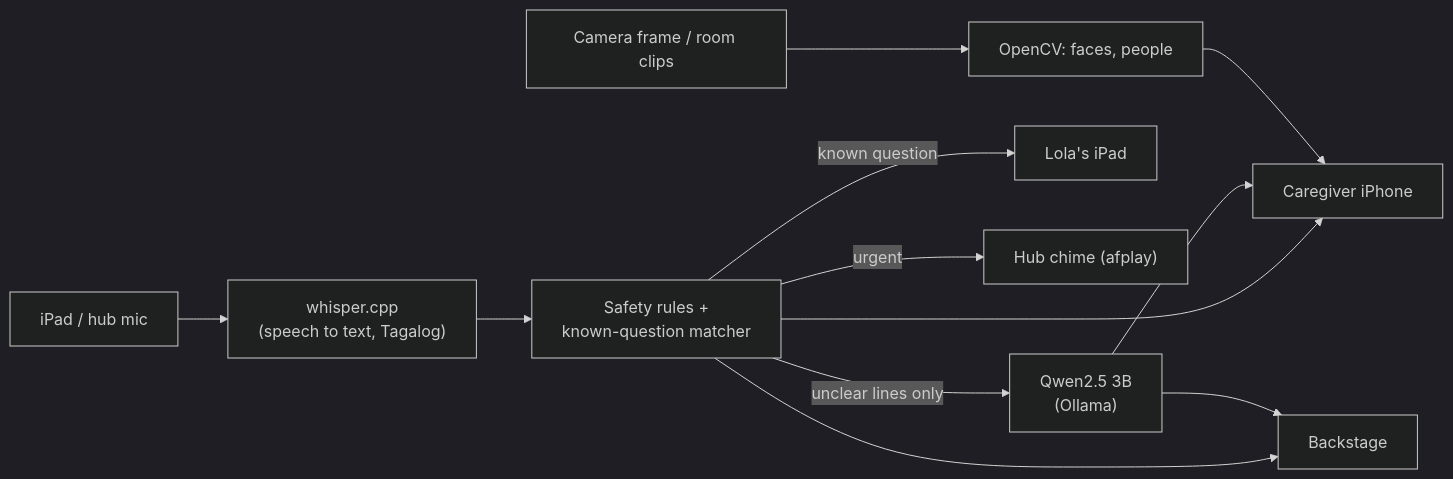
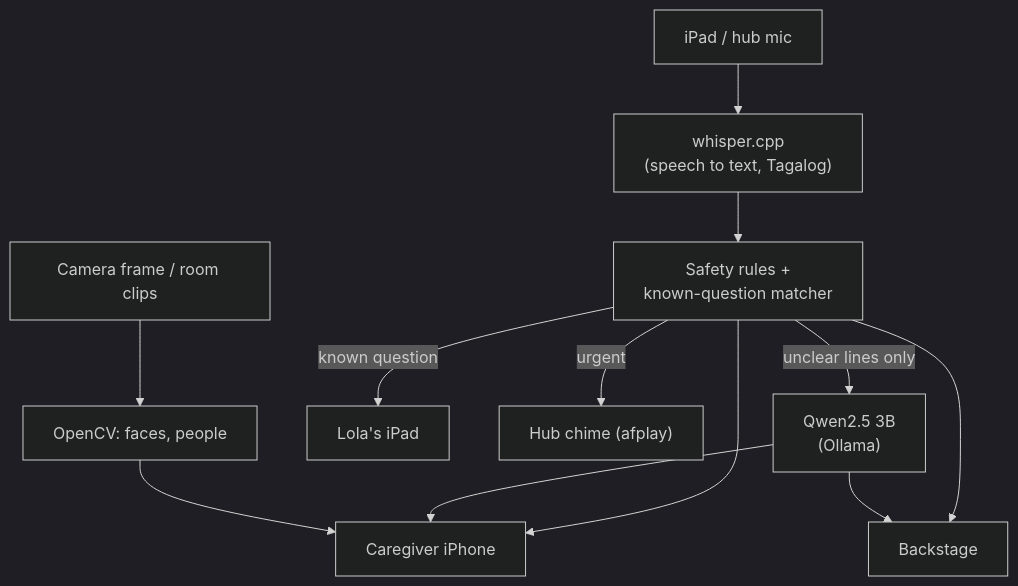
Before and after one commit to Troy-LL/appsolutely: the diagram in README.md, drawn with Mermaid (dark theme). The commit also changed other lines of this file, not shown here.

Commit message:
README: team table headers, wrap long code lines, top-down diagram, equal-height screenshots

````diff
--- a/README.md
+++ b/README.md
@@ -44,14 +44,14 @@
 ```mermaid
-flowchart LR
+flowchart TD
     A["iPad / hub mic"] --> B["whisper.cpp<br/>(speech to text, Tagalog)"]
     B --> C["Safety rules +<br/>known-question matcher"]
     C -->|unclear lines only| D["Qwen2.5 3B<br/>(Ollama)"]
     C -->|known question| E["Lola's iPad"]
     C --> F["Caregiver iPhone"]
     D --> F
     C -->|urgent| H["Hub chime (afplay)"]
     C --> G["Backstage"]
     D --> G
     I["Camera frame / room clips"] --> J["OpenCV: faces, people"]
     J --> F
 ```
````
